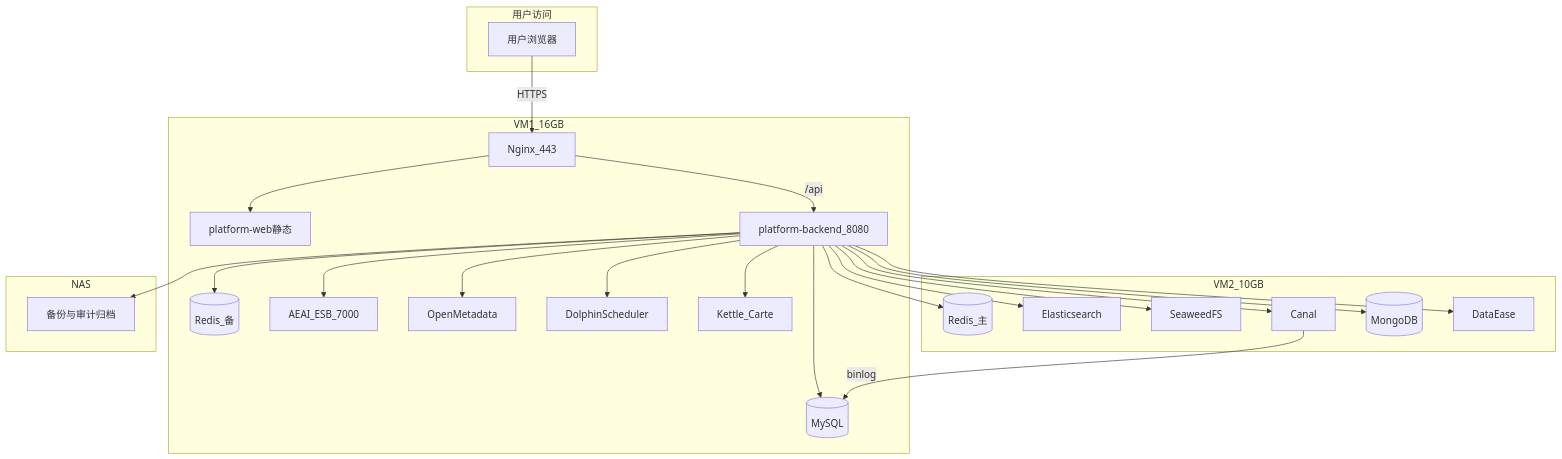
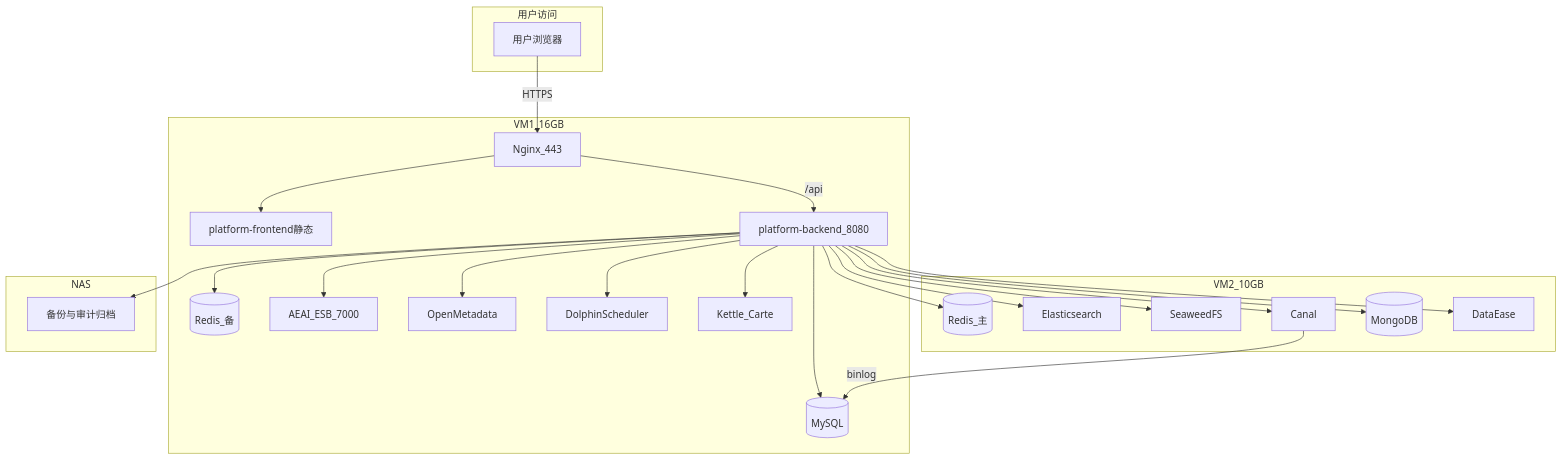
The third of 9 diagrams in docs/D07-总体技术架构设计.md (4v8kjnvhcc-rgb/chengde-smart-city), drawn with Mermaid before and after one commit. The commit also changed other lines of this file and 231 other files, not shown here.

Commit message:
[门户] 考核系统门户票据SSO，并将 platform-web 重命名为 platform-frontend

````diff
--- a/docs/D07-总体技术架构设计.md
+++ b/docs/D07-总体技术架构设计.md
@@ -337,45 +337,45 @@
 ```mermaid
 flowchart TB
   subgraph internet [用户访问]
     User[用户浏览器]
   end
   subgraph vm1 [VM1_16GB]
     Nginx[Nginx_443]
-    Web[platform-web静态]
+    Web[platform-frontend静态]
     App[platform-backend_8080]
     MySQL[(MySQL)]
     RedisB[(Redis_备)]
     ESB[AEAI_ESB_7000]
     OM[OpenMetadata]
     DS[DolphinScheduler]
     Kettle[Kettle_Carte]
   end
   subgraph vm2 [VM2_10GB]
     RedisM[(Redis_主)]
     ES[Elasticsearch]
     SW[SeaweedFS]
     Canal[Canal]
     Mongo[(MongoDB)]
     DE[DataEase]
   end
   subgraph nas [NAS]
     NASStore[备份与审计归档]
   end
   User -->|HTTPS| Nginx
   Nginx --> Web
   Nginx -->|/api| App
   App --> MySQL
   App --> RedisM
   App --> RedisB
   App --> ESB
   App --> OM
   App --> DS
   App --> Kettle
   App --> ES
   App --> SW
   App --> Canal
   App --> Mongo
   App --> DE
   Canal -->|binlog| MySQL
   App --> NASStore
 ```
````
